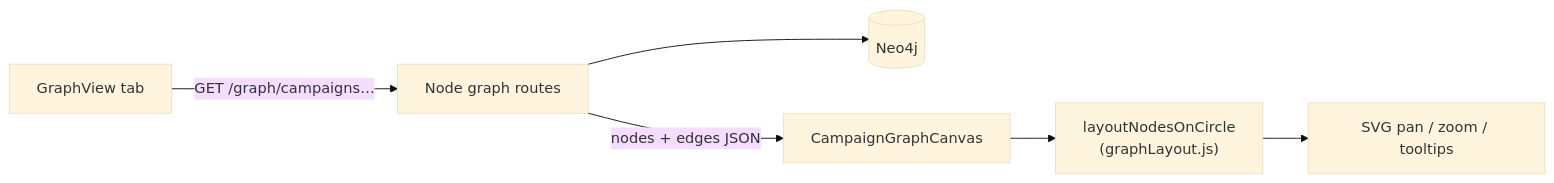
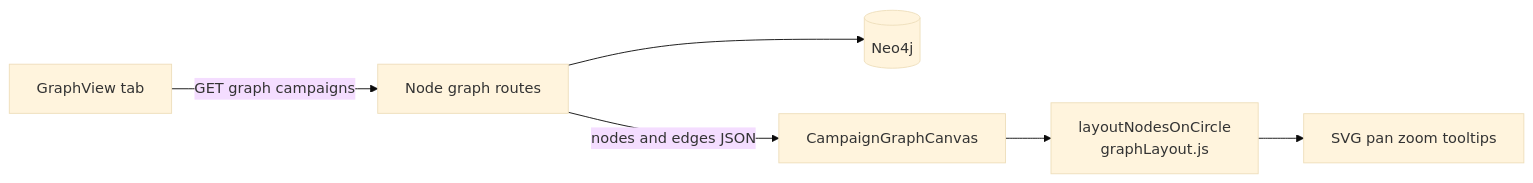
One commit to OferElboher/suspicious-email-triage changed the second of 2 diagrams in docs/arch_guide_system_flowchart.md. Above: the diagram before and after it, drawn with Mermaid (base theme). The commit also changed other lines of this file and 2 other files, not shown here.

First line of the commit message:
Fix Mermaid flowcharts for Windows viewers and add standalone .mmd files.

````diff
--- a/docs/arch_guide_system_flowchart.md
+++ b/docs/arch_guide_system_flowchart.md
@@ -96,8 +115,8 @@
 ```mermaid
 flowchart LR
-  UI["GraphView tab"] -->|GET /graph/campaigns…| API["Node graph routes"]
+  UI[GraphView tab] -->|GET graph campaigns| API[Node graph routes]
   API --> NEO[(Neo4j)]
-  API -->|nodes + edges JSON| CANVAS["CampaignGraphCanvas"]
-  CANVAS --> LAYOUT["layoutNodesOnCircle\n(graphLayout.js)"]
-  LAYOUT --> SVG["SVG pan / zoom / tooltips"]
+  API -->|nodes and edges JSON| CANVAS[CampaignGraphCanvas]
+  CANVAS --> LAYOUT["layoutNodesOnCircle<br/>graphLayout.js"]
+  LAYOUT --> SVG[SVG pan zoom tooltips]
 ```
````
